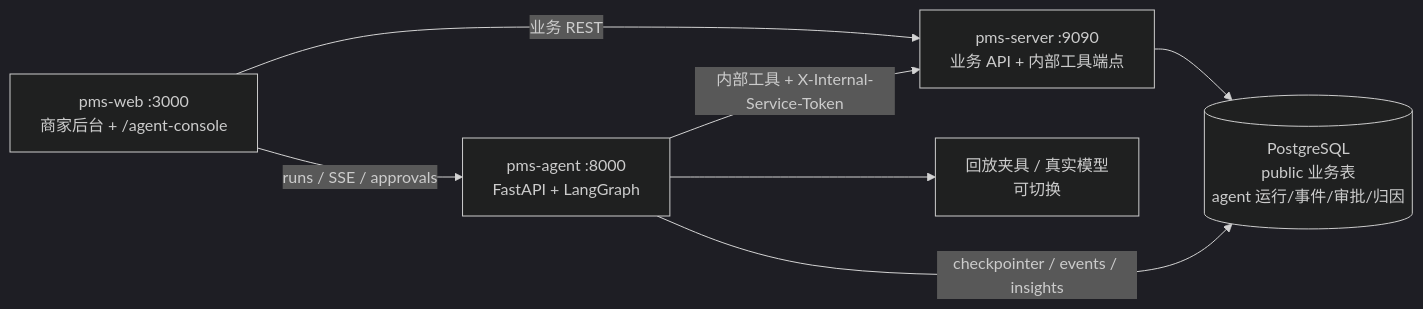
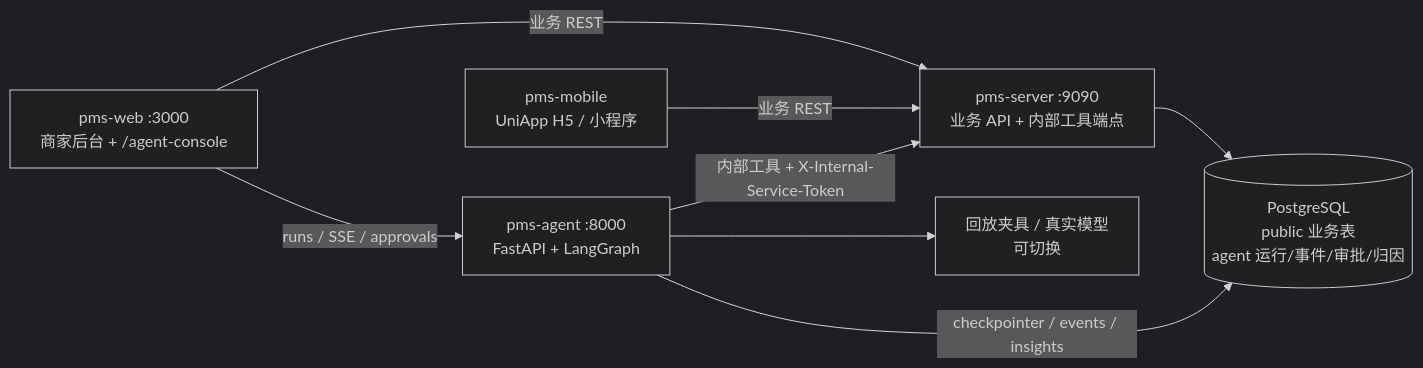
The diagram in README.md (dengyouming163/pms-ai), drawn with Mermaid (dark theme) before and after one commit. The commit also changed other lines of this file and 32 other files, not shown here.

Commit message:
docs: 补齐开源文档、PC 与移动端截图及 CI 工作流

````diff
--- a/README.md
+++ b/README.md
@@ -48,15 +53,17 @@
 ```mermaid
 flowchart LR
     Web["pms-web :3000<br/>商家后台 + /agent-console"]
+    Mobile["pms-mobile<br/>UniApp H5 / 小程序"]
     Server["pms-server :9090<br/>业务 API + 内部工具端点"]
     Agent["pms-agent :8000<br/>FastAPI + LangGraph"]
     PG[("PostgreSQL<br/>public 业务表<br/>agent 运行/事件/审批/归因")]
     LLM["回放夹具 / 真实模型<br/>可切换"]
 
     Web -->|业务 REST| Server
     Web -->|runs / SSE / approvals| Agent
+    Mobile -->|业务 REST| Server
     Agent -->|内部工具 + X-Internal-Service-Token| Server
     Server --> PG
     Agent -->|checkpointer / events / insights| PG
     Agent --> LLM
 ```
````
